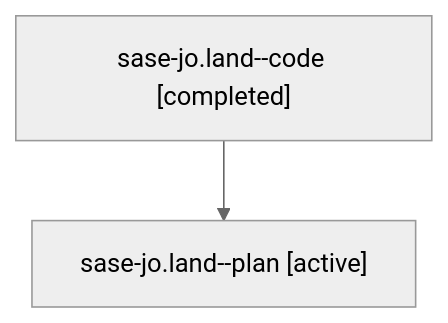
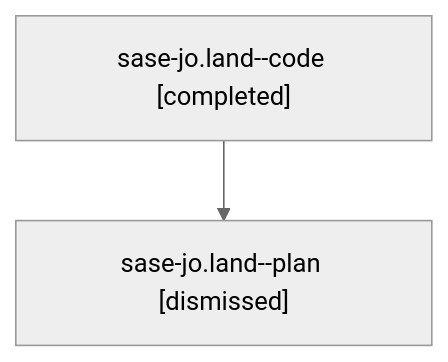
The diagram in sessions/bbugyi200.athena.sase-jo.land.md (sase-org/sase--agents), drawn with Mermaid (neutral theme) before and after one commit. The commit also changed other lines of this file and 112 other files, not shown here.

````diff
--- a/sessions/bbugyi200.athena.sase-jo.land.md
+++ b/sessions/bbugyi200.athena.sase-jo.land.md
@@ -9,6 +9,6 @@
 ```mermaid
 flowchart TD
   n0["sase-jo.land--code [completed]"]
-  n1["sase-jo.land--plan [active]"]
+  n1["sase-jo.land--plan [dismissed]"]
   n0 --> n1
 ```
````
